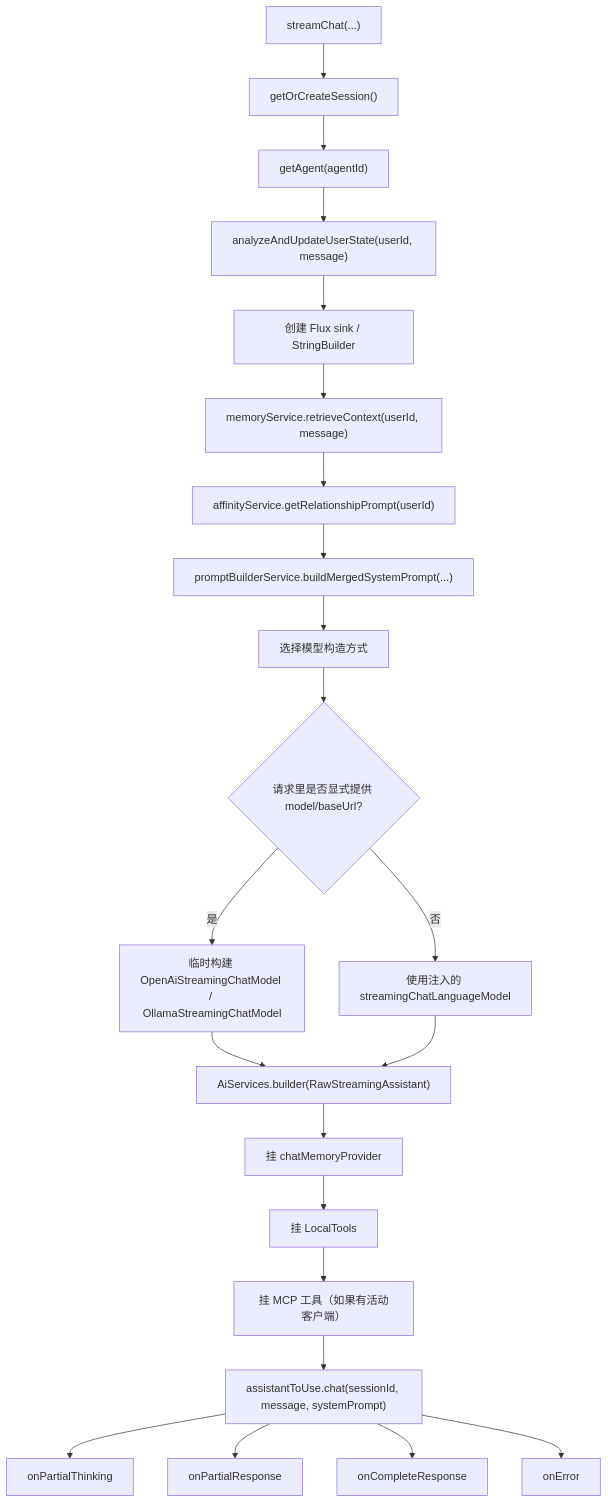
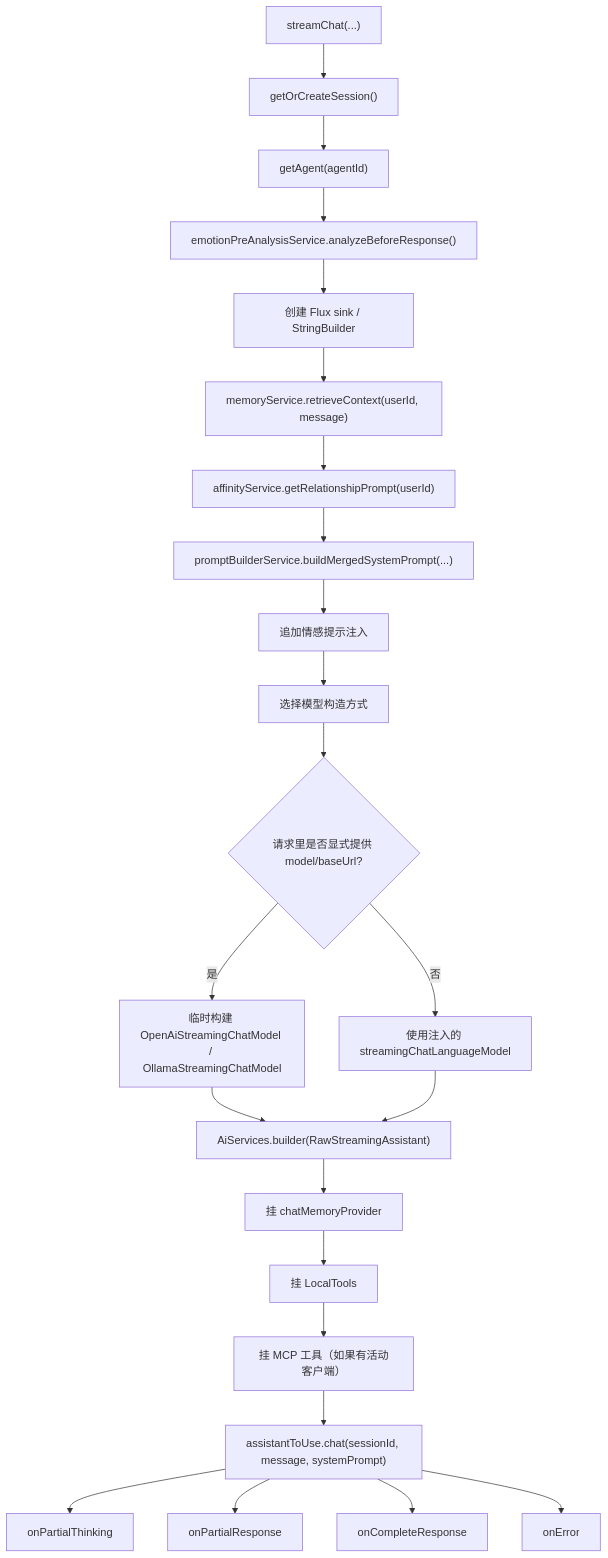
The sixth of 15 diagrams in doc/对话调用链路详解.md (SailRuo/LingShu-AI), drawn with Mermaid before and after one commit. The commit also changed other lines of this file and 54 other files, not shown here.

````diff
--- a/doc/对话调用链路详解.md
+++ b/doc/对话调用链路详解.md
@@ -175,24 +277,25 @@
 ```mermaid
 flowchart TD
     A["streamChat(...)"] --> B["getOrCreateSession()"]
     B --> C["getAgent(agentId)"]
-    C --> D["analyzeAndUpdateUserState(userId, message)"]
+    C --> D["emotionPreAnalysisService.analyzeBeforeResponse()"]
     D --> E["创建 Flux sink / StringBuilder"]
     E --> F["memoryService.retrieveContext(userId, message)"]
     F --> G["affinityService.getRelationshipPrompt(userId)"]
     G --> H["promptBuilderService.buildMergedSystemPrompt(...)"]
-    H --> I["选择模型构造方式"]
-    I --> J{"请求里是否显式提供 model/baseUrl?"}
-    J -->|是| K["临时构建 OpenAiStreamingChatModel / OllamaStreamingChatModel"]
-    J -->|否| L["使用注入的 streamingChatLanguageModel"]
-    K --> M["AiServices.builder(RawStreamingAssistant)"]
-    L --> M
-    M --> N["挂 chatMemoryProvider"]
-    N --> O["挂 LocalTools"]
-    O --> P["挂 MCP 工具（如果有活动客户端）"]
-    P --> Q["assistantToUse.chat(sessionId, message, systemPrompt)"]
-    Q --> R["onPartialThinking"]
-    Q --> S["onPartialResponse"]
-    Q --> T["onCompleteResponse"]
-    Q --> U["onError"]
+    H --> I["追加情感提示注入"]
+    I --> J["选择模型构造方式"]
+    J --> K{"请求里是否显式提供 model/baseUrl?"}
+    K -->|是| L["临时构建 OpenAiStreamingChatModel / OllamaStreamingChatModel"]
+    K -->|否| M["使用注入的 streamingChatLanguageModel"]
+    L --> N["AiServices.builder(RawStreamingAssistant)"]
+    M --> N
+    N --> O["挂 chatMemoryProvider"]
+    O --> P["挂 LocalTools"]
+    P --> Q["挂 MCP 工具（如果有活动客户端）"]
+    Q --> R["assistantToUse.chat(sessionId, message, systemPrompt)"]
+    R --> S["onPartialThinking"]
+    R --> T["onPartialResponse"]
+    R --> U["onCompleteResponse"]
+    R --> V["onError"]
 ```
````
